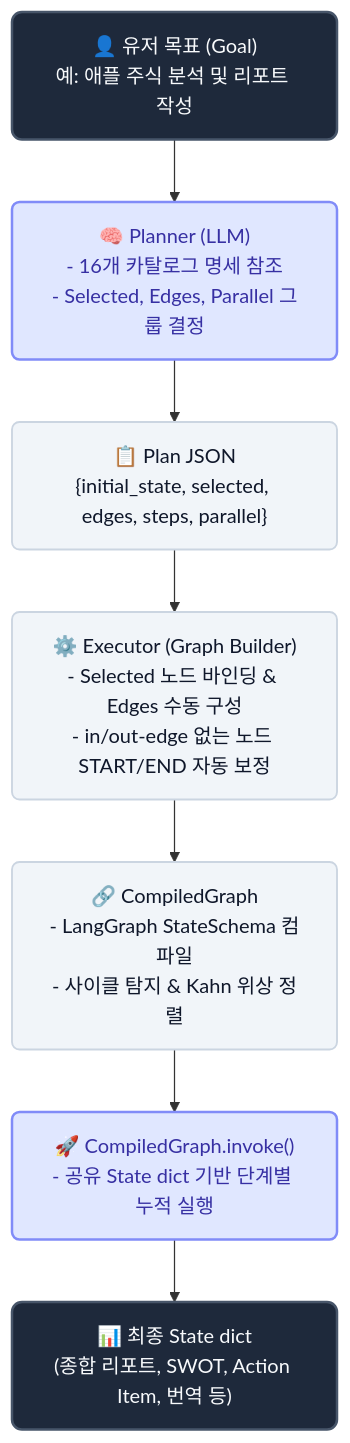
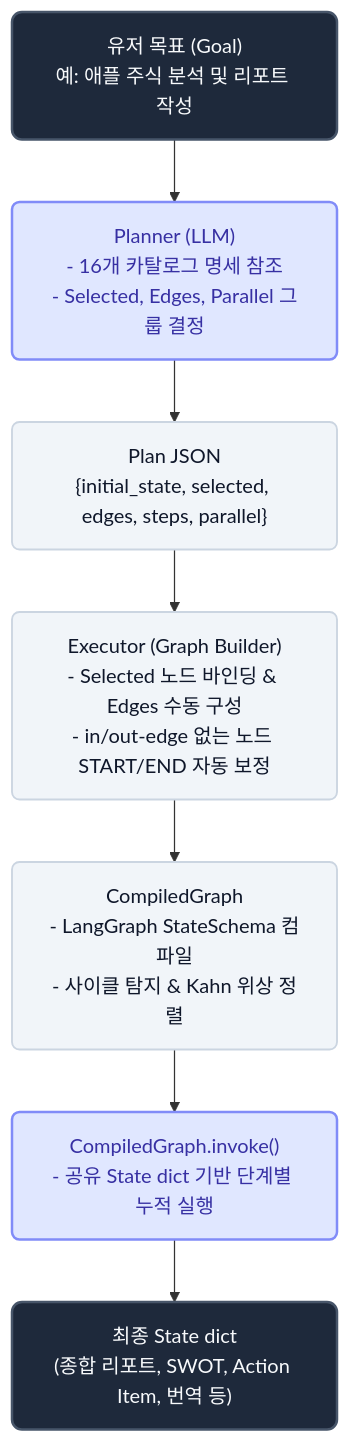
Before and after one commit to Jacob-9909/DAG: the first of 2 diagrams in README.md, drawn with Mermaid. The commit also changed other lines of this file, not shown here.

Commit message:
docs: remove emojis from Mermaid diagrams in README

````diff
--- a/README.md
+++ b/README.md
@@ -15,13 +15,13 @@
 ```mermaid
 flowchart TD
     classDef core fill:#1e293b,color:#f8fafc,stroke:#475569,stroke-width:2px,rx:8px;
     classDef process fill:#f1f5f9,color:#0f172a,stroke:#cbd5e1,stroke-width:1.5px,rx:6px;
     classDef highlight fill:#e0e7ff,color:#3730a3,stroke:#818cf8,stroke-width:2px,rx:6px;
 
-    User["👤 유저 목표 (Goal)<br/>예: 애플 주식 분석 및 리포트 작성"]:::core --> Planner["🧠 Planner (LLM)<br/>- 16개 카탈로그 명세 참조<br/>- Selected, Edges, Parallel 그룹 결정"]:::highlight
-    Planner --> PlanJSON["📋 Plan JSON<br/>{initial_state, selected, edges, steps, parallel}"]:::process
-    PlanJSON --> Executor["⚙️ Executor (Graph Builder)<br/>- Selected 노드 바인딩 & Edges 수동 구성<br/>- in/out-edge 없는 노드 START/END 자동 보정"]:::process
-    Executor --> Compile["🔗 CompiledGraph<br/>- LangGraph StateSchema 컴파일<br/>- 사이클 탐지 & Kahn 위상 정렬"]:::process
-    Compile --> Invoke["🚀 CompiledGraph.invoke()<br/>- 공유 State dict 기반 단계별 누적 실행"]:::highlight
-    Invoke --> FinalState["📊 최종 State dict<br/>(종합 리포트, SWOT, Action Item, 번역 등)"]:::core
+    User["유저 목표 (Goal)<br/>예: 애플 주식 분석 및 리포트 작성"]:::core --> Planner["Planner (LLM)<br/>- 16개 카탈로그 명세 참조<br/>- Selected, Edges, Parallel 그룹 결정"]:::highlight
+    Planner --> PlanJSON["Plan JSON<br/>{initial_state, selected, edges, steps, parallel}"]:::process
+    PlanJSON --> Executor["Executor (Graph Builder)<br/>- Selected 노드 바인딩 & Edges 수동 구성<br/>- in/out-edge 없는 노드 START/END 자동 보정"]:::process
+    Executor --> Compile["CompiledGraph<br/>- LangGraph StateSchema 컴파일<br/>- 사이클 탐지 & Kahn 위상 정렬"]:::process
+    Compile --> Invoke["CompiledGraph.invoke()<br/>- 공유 State dict 기반 단계별 누적 실행"]:::highlight
+    Invoke --> FinalState["최종 State dict<br/>(종합 리포트, SWOT, Action Item, 번역 등)"]:::core
 ```
````
